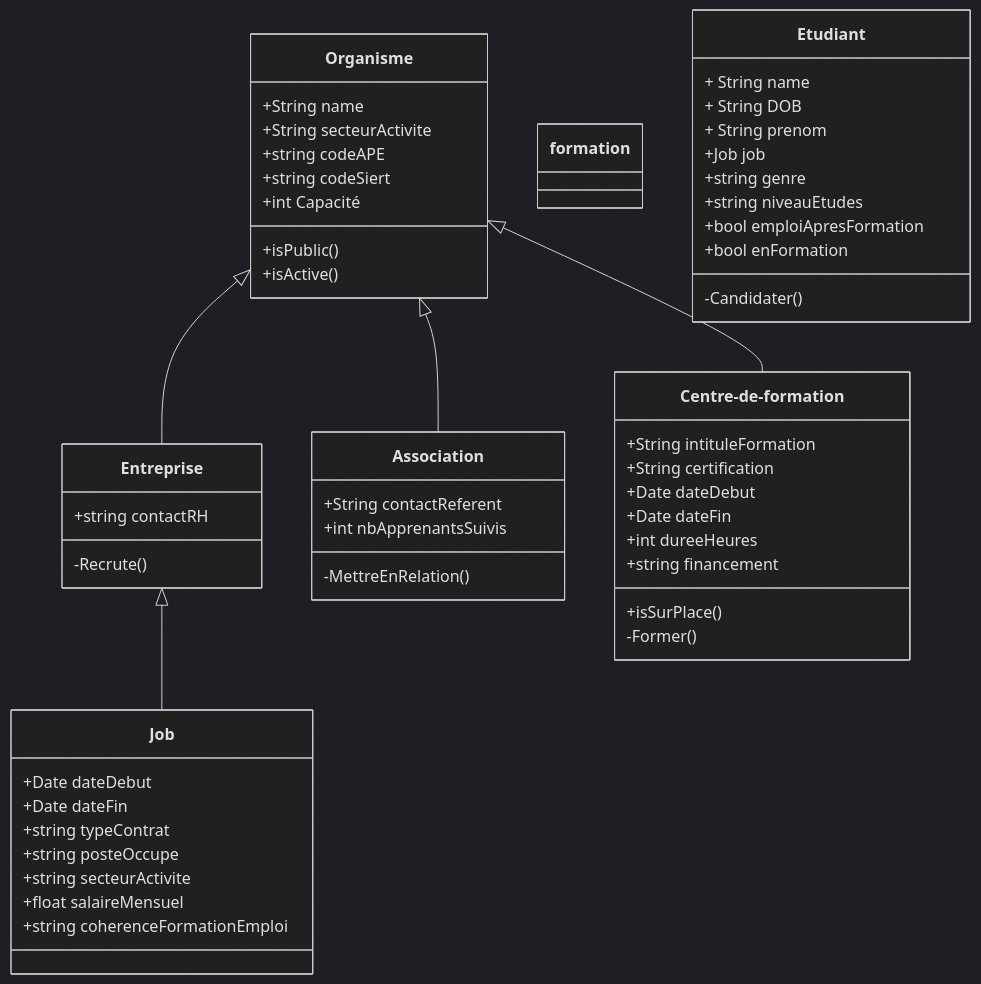
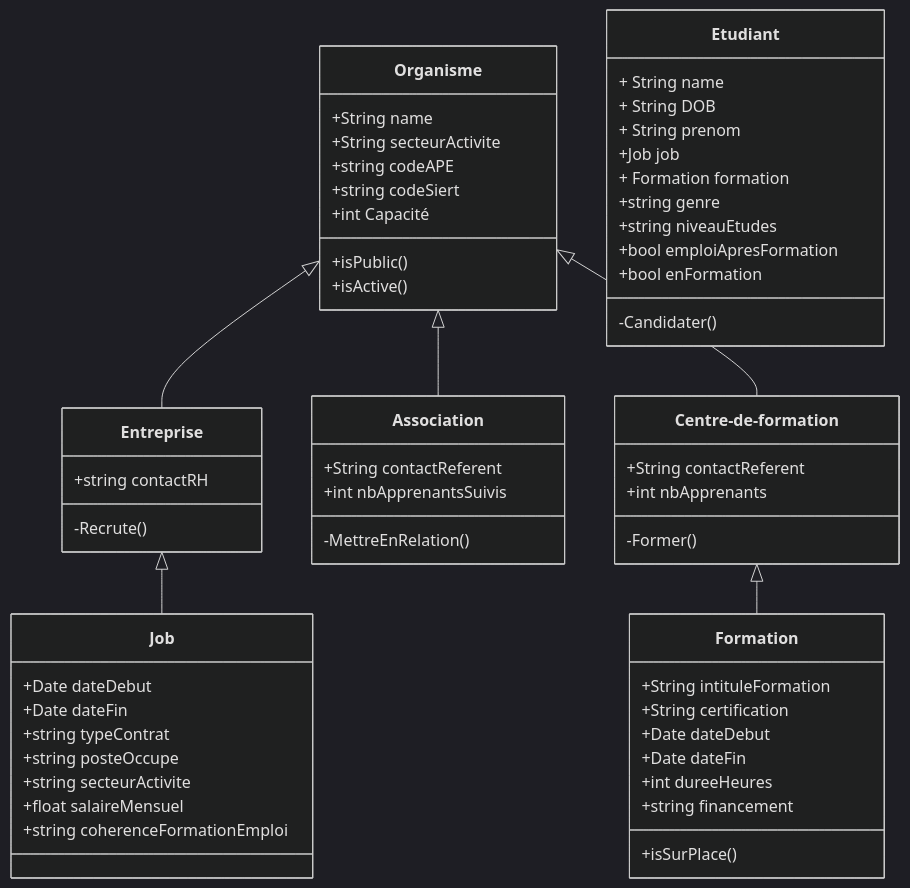
One commit to bouzidifatimazohra00-ux/inclusion-numerique-93 changed the diagram in acteurslecaotunglam.md. Above: the diagram before and after it, drawn with Mermaid (dark theme).

Commit message:
Introduce Formation class with attributes
Added 'Formation' class and related attributes to the model.

````diff
--- a/acteurslecaotunglam.md
+++ b/acteurslecaotunglam.md
@@ -2,67 +2,71 @@
 ```mermaid
 classDiagram
      
     Organisme  <|-- Entreprise
     Organisme  <|-- Association
     Organisme  <|-- Centre-de-formation
     Entreprise <|-- Job
+    Centre-de-formation <|-- Formation
    
     
     class Organisme {
         +String name
         +isPublic()
         +isActive()
         +String secteurActivite
         +string codeAPE
         +string codeSiert
         +int Capacité
     }
     
     class Association {
           +String contactReferent
           +int nbApprenantsSuivis
           -MettreEnRelation()
     }
     
     class Centre-de-formation{
-        +String intituleFormation
-        +String certification
-        +Date dateDebut
-        +Date dateFin
-        +int dureeHeures
-        +string financement
-        +isSurPlace()
+          +String contactReferent
+       +int nbApprenants
         -Former()     
     }
       
     class Entreprise{
         
         +string contactRH
         -Recrute()
     }
 
      class Job{
  +Date dateDebut
         +Date dateFin
           +string typeContrat
     +string posteOccupe
           +string secteurActivite
           +float salaireMensuel
           +string coherenceFormationEmploi
      }
 
-class formation {
+class Formation {
+          +String intituleFormation
+        +String certification
+        +Date dateDebut
+        +Date dateFin
+        +int dureeHeures
+ +string financement
+        +isSurPlace()
 }
         
     class Etudiant{
           + String name
           + String DOB
           + String prenom
           +Job job
+          + Formation formation
           +string genre
           +string niveauEtudes
           +bool emploiApresFormation
           +bool enFormation
           -Candidater()
     }
 ```
````
